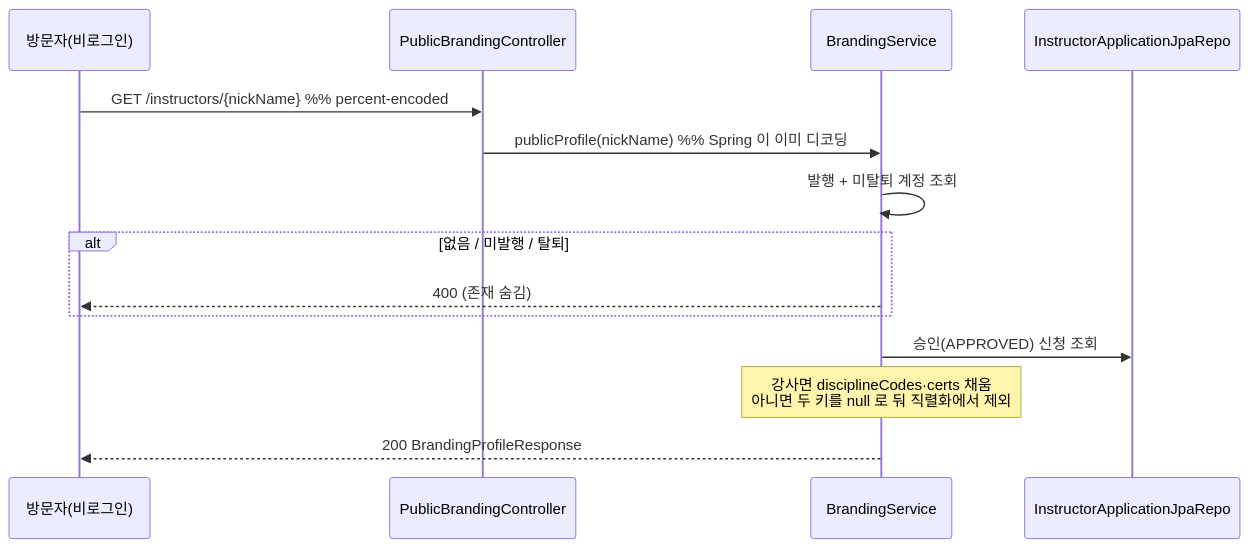
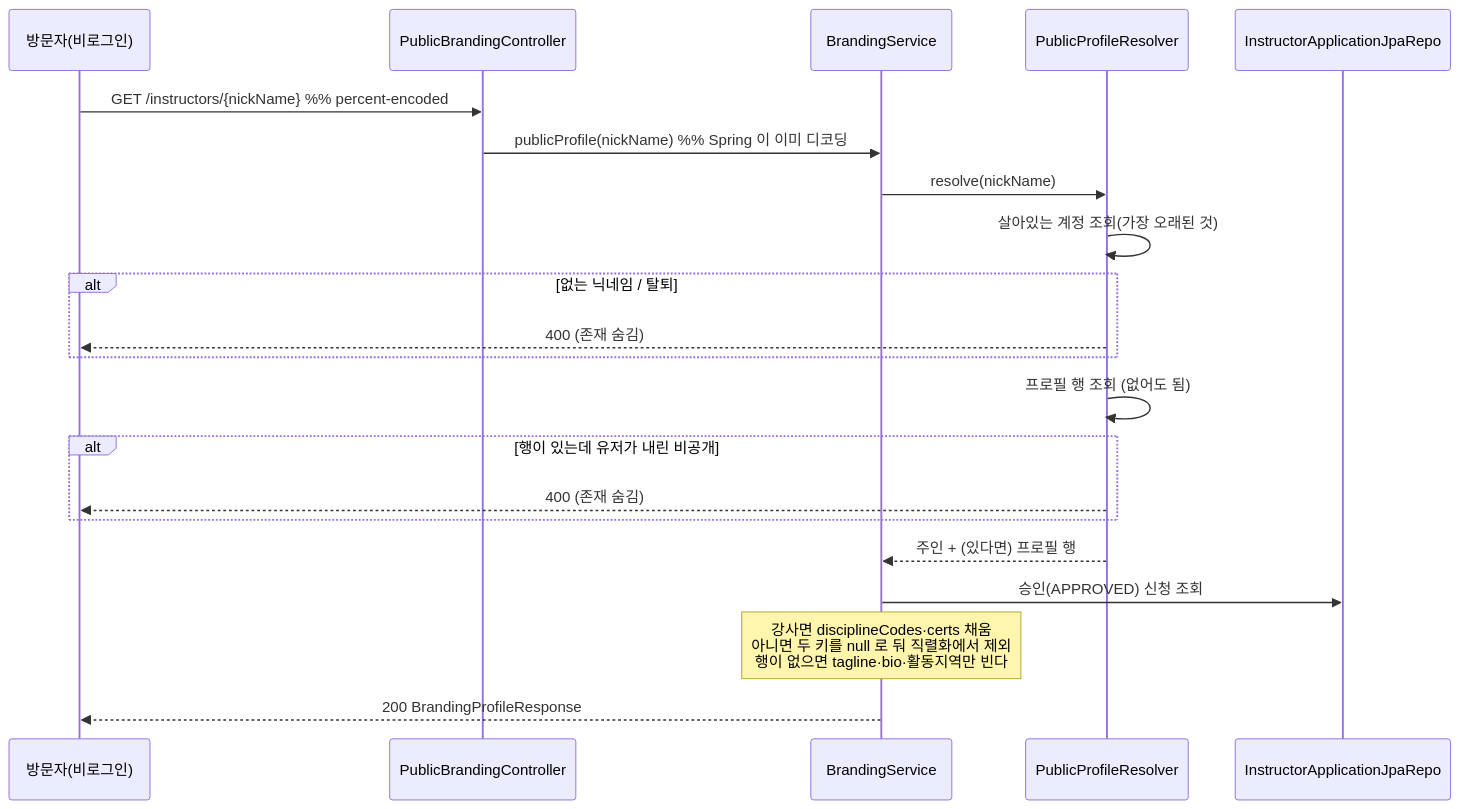
The third of 4 diagrams in docs/architecture/branding.md (pungdong/Pungdong-Backend), drawn with Mermaid before and after one commit. The commit also changed other lines of this file and 9 other files, not shown here.

First line of the commit message:
Feat: 공개 프로필을 모든 계정에 — 행이 없으면 400 이 아니라 빈 프로필 200

````diff
--- a/docs/architecture/branding.md
+++ b/docs/architecture/branding.md
@@ -62,17 +62,24 @@
 ```mermaid
 sequenceDiagram
   participant V as 방문자(비로그인)
   participant PBC as PublicBrandingController
   participant BS as BrandingService
+  participant PPR as PublicProfileResolver
   participant IA as InstructorApplicationJpaRepo
 
   V->>PBC: GET /instructors/{nickName}  %% percent-encoded
   PBC->>BS: publicProfile(nickName)     %% Spring 이 이미 디코딩
-  BS->>BS: 발행 + 미탈퇴 계정 조회
-  alt 없음 / 미발행 / 탈퇴
-    BS-->>V: 400 (존재 숨김)
+  BS->>PPR: resolve(nickName)
+  PPR->>PPR: 살아있는 계정 조회(가장 오래된 것)
+  alt 없는 닉네임 / 탈퇴
+    PPR-->>V: 400 (존재 숨김)
   end
+  PPR->>PPR: 프로필 행 조회 (없어도 됨)
+  alt 행이 있는데 유저가 내린 비공개
+    PPR-->>V: 400 (존재 숨김)
+  end
+  PPR-->>BS: 주인 + (있다면) 프로필 행
   BS->>IA: 승인(APPROVED) 신청 조회
-  Note over BS: 강사면 disciplineCodes·certs 채움<br/>아니면 두 키를 null 로 둬 직렬화에서 제외
+  Note over BS: 강사면 disciplineCodes·certs 채움<br/>아니면 두 키를 null 로 둬 직렬화에서 제외<br/>행이 없으면 tagline·bio·활동지역만 빈다
   BS-->>V: 200 BrandingProfileResponse
 ```
````
